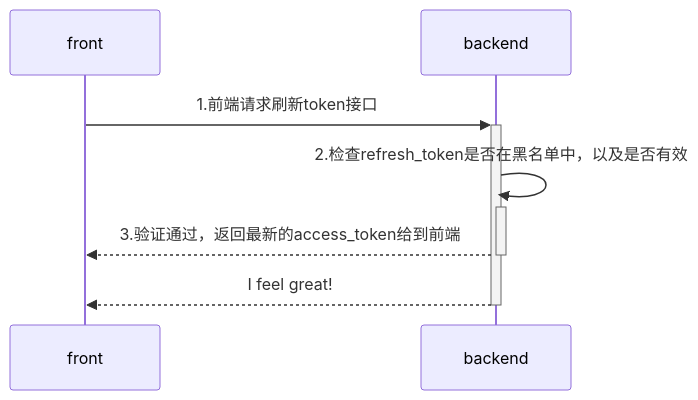
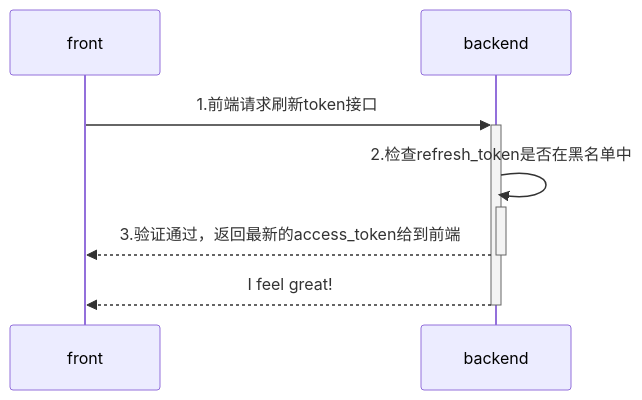
The diagram in all/未命名-4.md (yingjianzh/iodraw-files), drawn with Mermaid before and after one commit.

Commit message:
2024-08-02 17:51:14 update

````diff
--- a/all/未命名-4.md
+++ b/all/未命名-4.md
@@ -1,8 +1,8 @@
 ```mermaid
 sequenceDiagram
     front->>+backend: 1.前端请求刷新token接口
-    backend->>+backend: 2.检查refresh_token是否在黑名单中，以及是否有效
+    backend->>+backend: 2.检查refresh_token是否在黑名单中
     backend-->>-front: 3.验证通过，返回最新的access_token给到前端
     backend-->>-front: I feel great!
             
 ```
````
